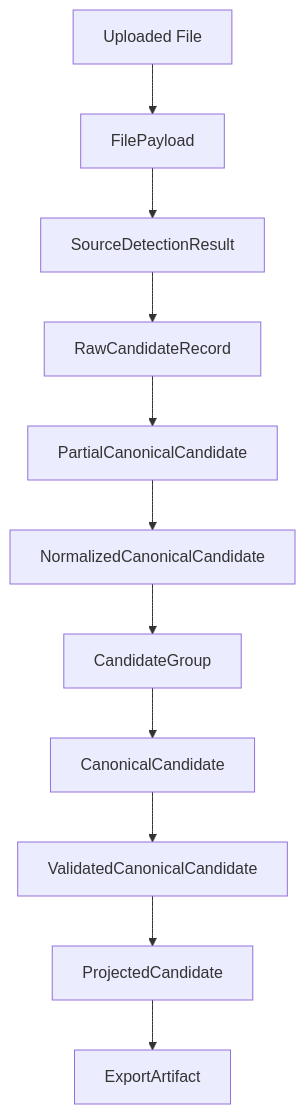
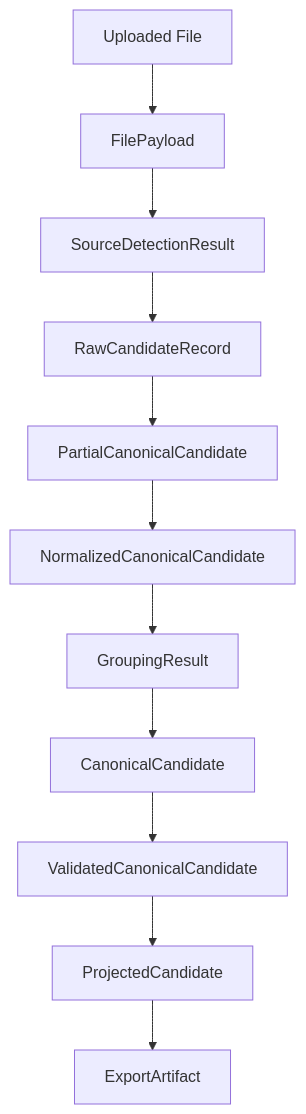
One commit to Advaith4/EightFold changed the fifth of 5 diagrams in candidate-transformer/docs/architecture/pipeline_spec.md. Above: the diagram before and after it, drawn with Mermaid. The commit also changed other lines of this file and 5 other files, not shown here.

````diff
--- a/candidate-transformer/docs/architecture/pipeline_spec.md
+++ b/candidate-transformer/docs/architecture/pipeline_spec.md
@@ -1307,13 +1634,13 @@
 ```mermaid
 flowchart TD
     Uploaded[Uploaded File] --> Payload[FilePayload]
     Payload --> Detection[SourceDetectionResult]
     Detection --> Raw[RawCandidateRecord]
     Raw --> Partial[PartialCanonicalCandidate]
     Partial --> Normalized[NormalizedCanonicalCandidate]
-    Normalized --> Group[CandidateGroup]
+    Normalized --> Group[GroupingResult]
     Group --> Canonical[CanonicalCandidate]
     Canonical --> Validated[ValidatedCanonicalCandidate]
     Validated --> Projected[ProjectedCandidate]
     Projected --> Export[ExportArtifact]
 ```
````
